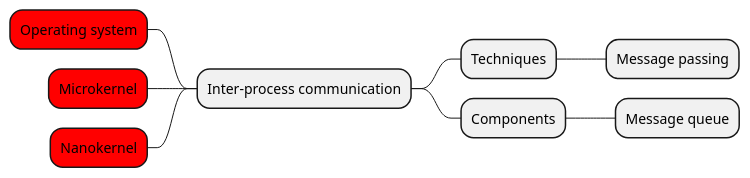
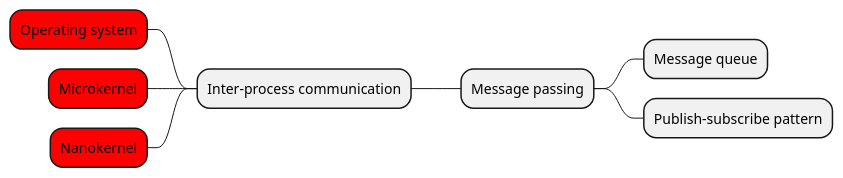
Before and after one commit to renemoll/wiki: the first of 2 diagrams in programming/embedded/project/message-passing.md, drawn with PlantUML. The commit also changed other lines of this file, not shown here.

Commit message:
docs: update programming/embedded/project/message-passing

````diff
--- a/programming/embedded/project/message-passing.md
+++ b/programming/embedded/project/message-passing.md
@@ -15,13 +15,11 @@
 ```plantuml
 @startmindmap
 + Inter-process communication
 --[#Red] Operating system
 --[#Red] Microkernel
 --[#Red] Nanokernel
-++ Techniques
-+++ Message passing
-++ Components
+++ Message passing
 +++ Message queue
-
++++ Publish–subscribe pattern
 @endmindmap
 ```
````
